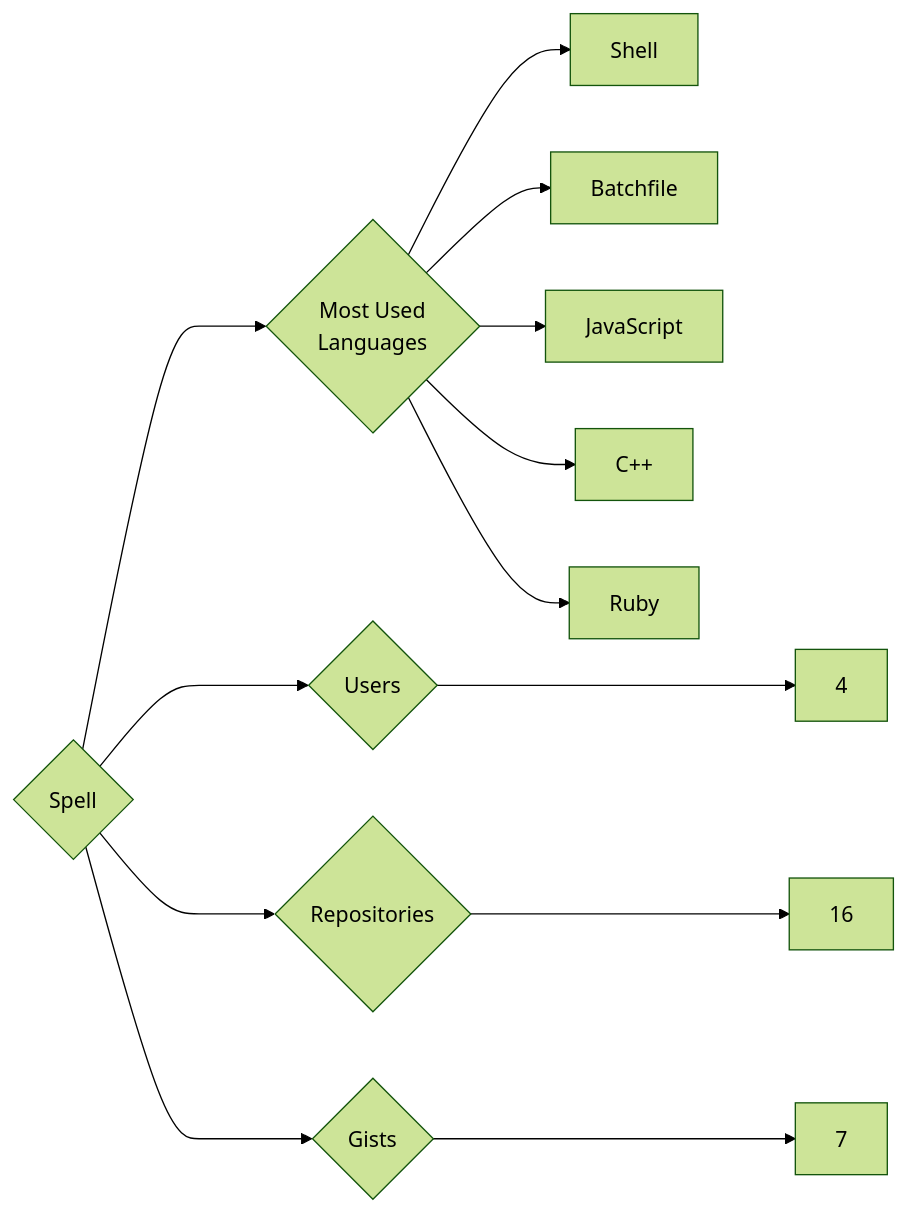
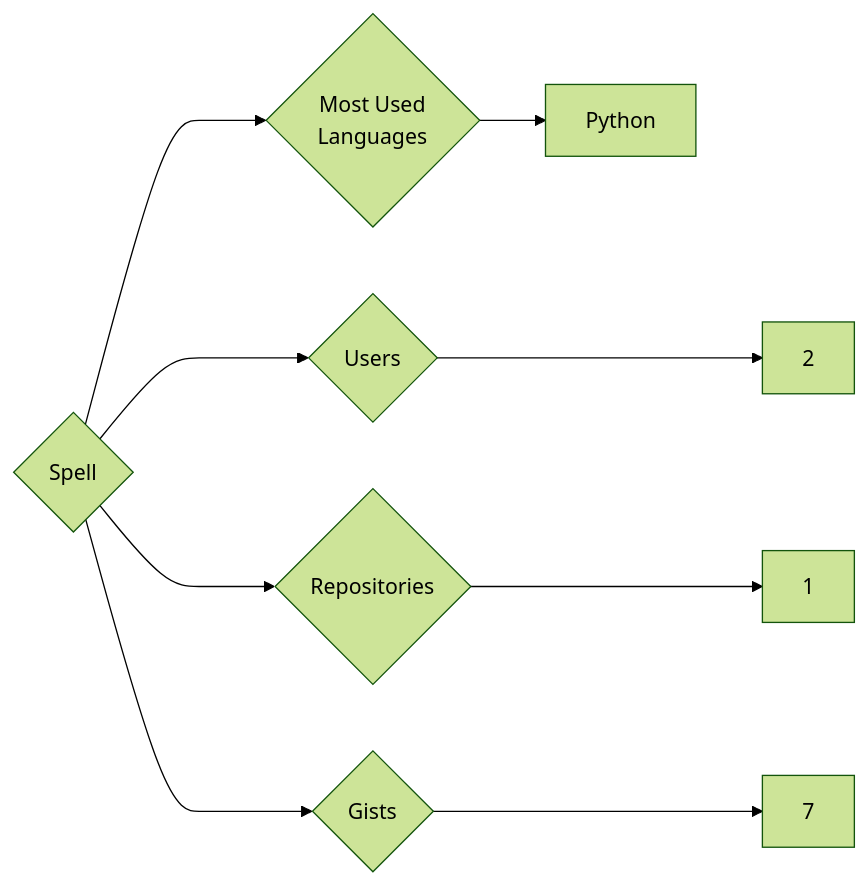
One commit to trickest/insiders changed the diagram in targets/Spell/README.md. Above: the diagram before and after it, drawn with Mermaid (forest theme). The commit also changed 851 other files, not shown here.

````diff
--- a/targets/Spell/README.md
+++ b/targets/Spell/README.md
@@ -3,13 +3,9 @@
 ```mermaid
 graph LR
 COMPANY_NAME{Spell}
-COMPANY_NAME ---> U{Users} ---> UN[4]
-COMPANY_NAME ---> R{Repositories} ---> RN[16]
+COMPANY_NAME ---> U{Users} ---> UN[2]
+COMPANY_NAME ---> R{Repositories} ---> RN[1]
 COMPANY_NAME ---> G{Gists} ---> GN[7]
 COMPANY_NAME ---> ML{Most Used<br>Languages}
-ML --> Shell[Shell]
-ML --> Batchfile[Batchfile]
-ML --> JavaScript[JavaScript]
-ML --> C++[C++]
-ML --> Ruby[Ruby]
+ML --> Python[Python]
 ```
````
